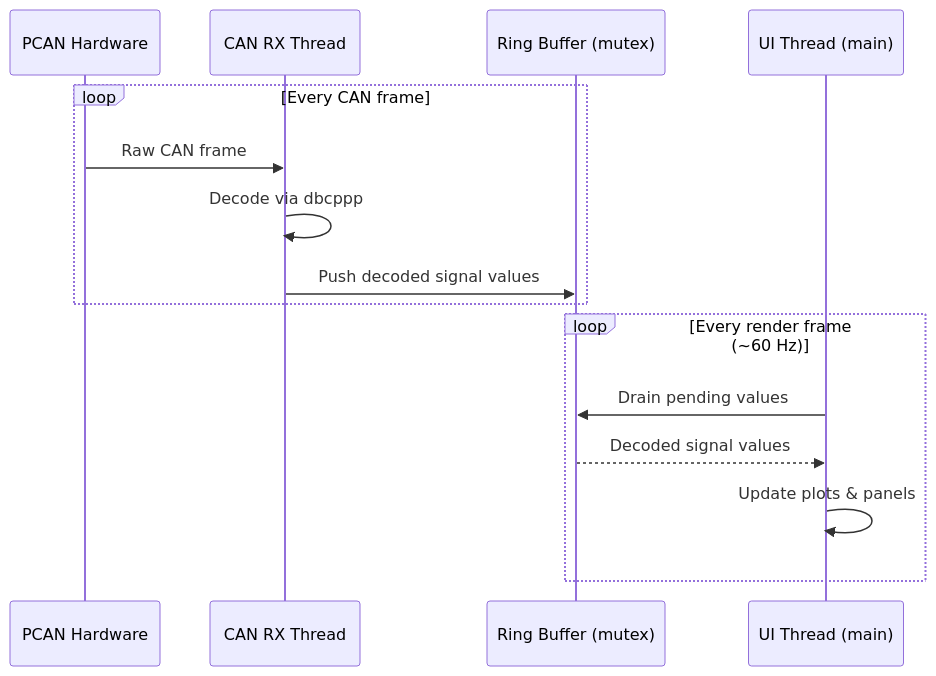
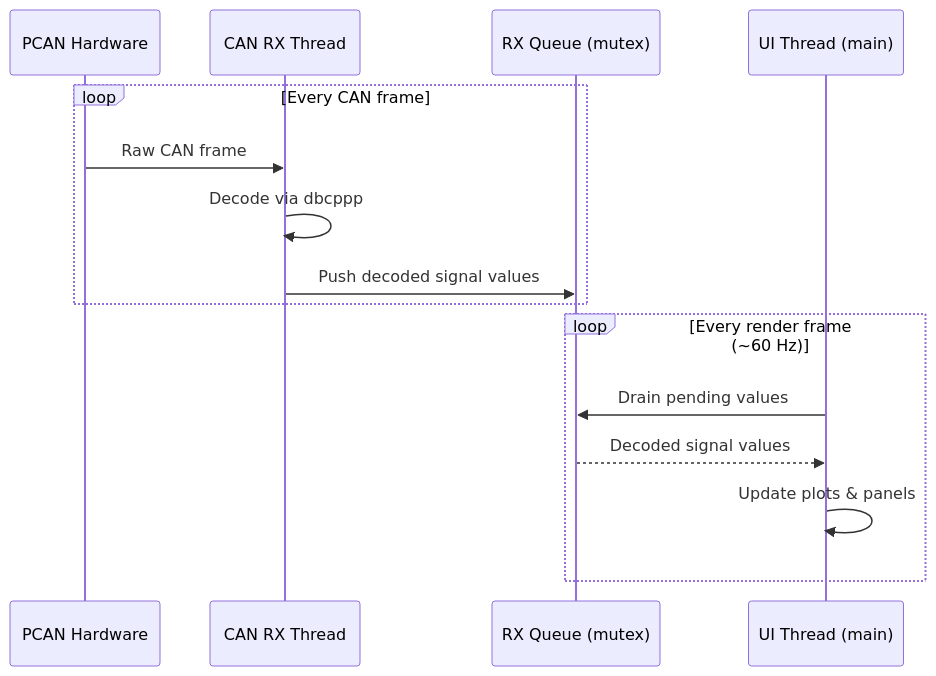
The second of 3 diagrams in docs/architecture.md (fvt-research/horizon-bms-test-tool), drawn with Mermaid before and after one commit. The commit also changed other lines of this file and 11 other files, not shown here.

````diff
--- a/docs/architecture.md
+++ b/docs/architecture.md
@@ -47,19 +47,19 @@
 ```mermaid
 sequenceDiagram
     participant HW as PCAN Hardware
     participant RX as CAN RX Thread
-    participant Buf as Ring Buffer (mutex)
+    participant Buf as RX Queue (mutex)
     participant UI as UI Thread (main)
 
     loop Every CAN frame
         HW->>RX: Raw CAN frame
         RX->>RX: Decode via dbcppp
         RX->>Buf: Push decoded signal values
     end
 
     loop Every render frame (~60 Hz)
         UI->>Buf: Drain pending values
         Buf-->>UI: Decoded signal values
         UI->>UI: Update plots & panels
     end
 ```
````
